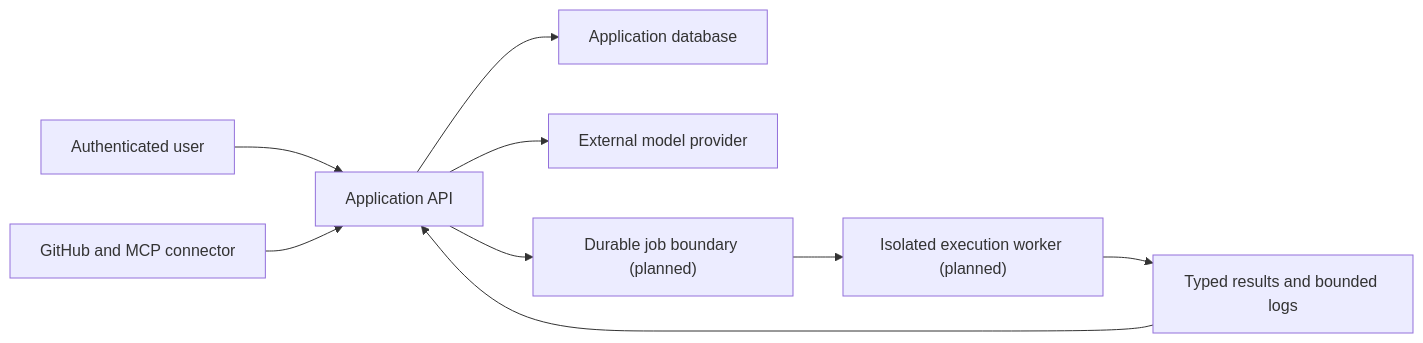
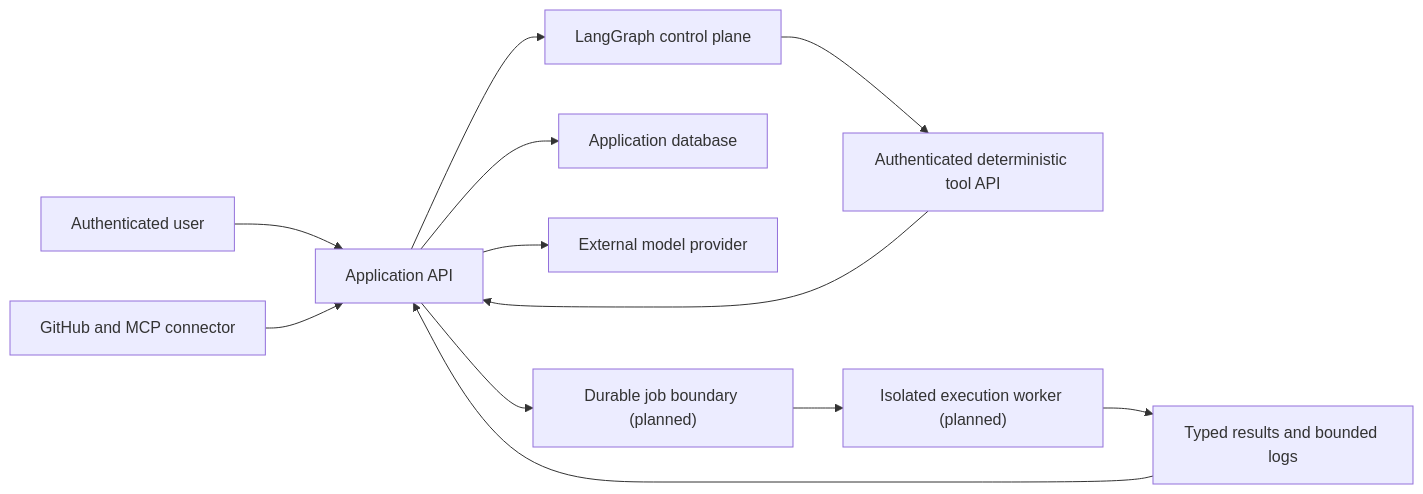
Before and after one commit to adipise5/TestPilot-: the diagram in docs/THREAT_MODEL.md, drawn with Mermaid. The commit also changed other lines of this file and 56 other files, not shown here.

````diff
--- a/docs/THREAT_MODEL.md
+++ b/docs/THREAT_MODEL.md
@@ -15,11 +15,14 @@
 ```mermaid
 flowchart LR
     USER["Authenticated user"] --> API["Application API"]
     GH["GitHub and MCP connector"] --> API
+    API --> GRAPH["LangGraph control plane"]
+    GRAPH --> TOOLS["Authenticated deterministic tool API"]
+    TOOLS --> API
     API --> DB["Application database"]
     API --> MODEL["External model provider"]
     API --> QUEUE["Durable job boundary (planned)"]
     QUEUE --> WORKER["Isolated execution worker (planned)"]
     WORKER --> OUT["Typed results and bounded logs"]
     OUT --> API
 ```
````
